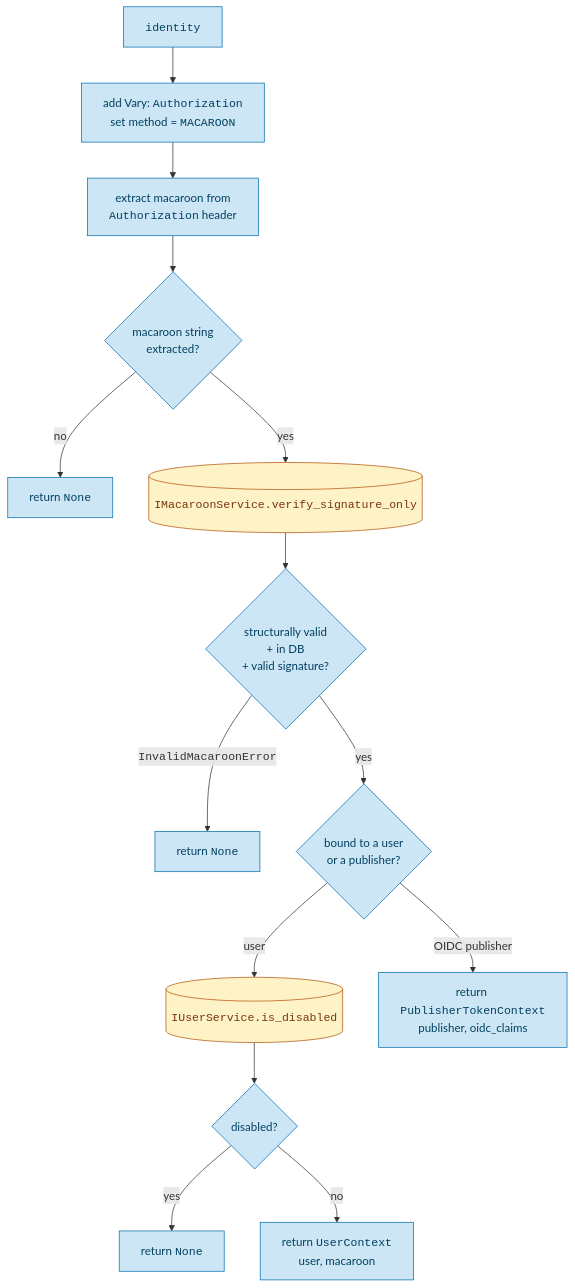
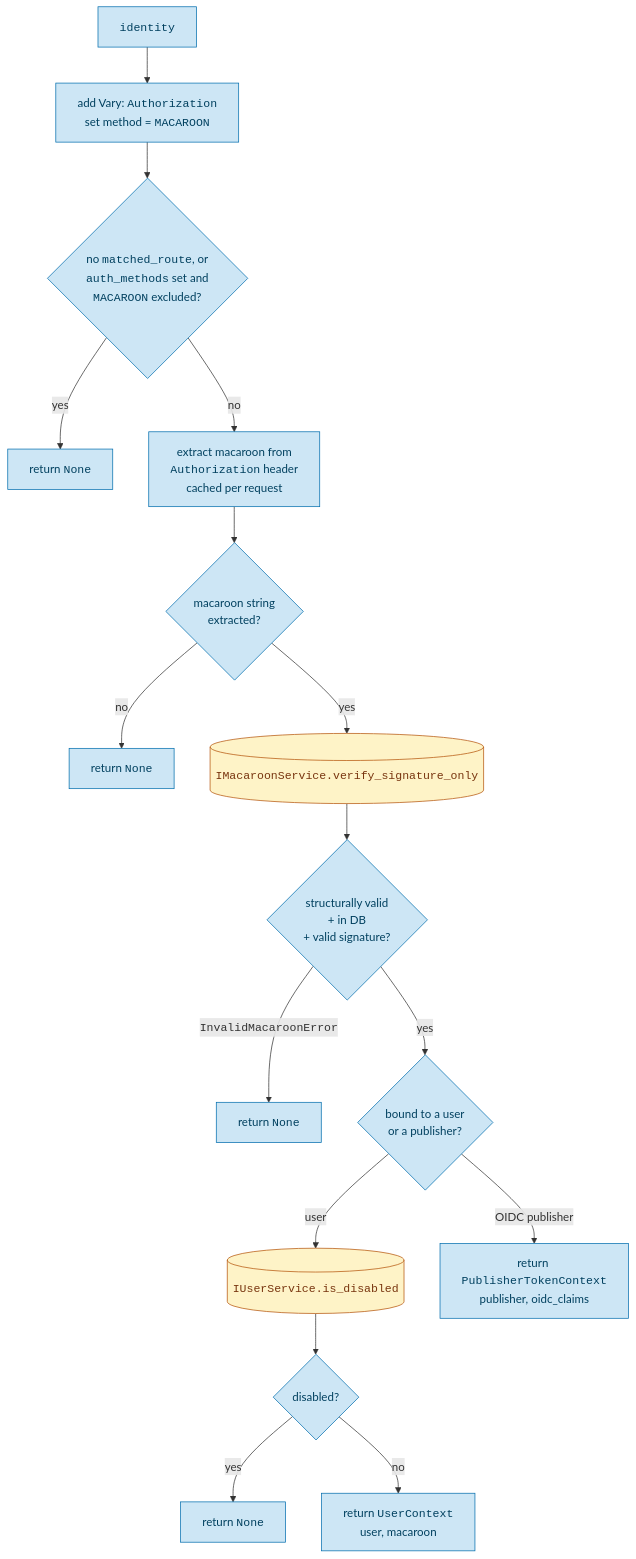
One commit to pypi/warehouse changed the sixth of 10 diagrams in docs/dev/security/security-policy-flow.md. Above: the diagram before and after it, drawn with Mermaid. The commit also changed other lines of this file and 7 other files, not shown here.

Commit message:
Make the macaroon policy honor route `auth_methods` (#20585)

````diff
--- a/docs/dev/security/security-policy-flow.md
+++ b/docs/dev/security/security-policy-flow.md
@@ -292,18 +295,20 @@
 ```mermaid
 flowchart TD
     A[<code>identity</code>]:::warehouse --> VARY[add Vary: <code>Authorization</code><br/>set method = <code>MACAROON</code>]:::warehouse
-    VARY --> EX[extract macaroon from<br/><code>Authorization</code> header]:::warehouse
+    VARY --> AM{no <code>matched_route</code>, or<br/><code>auth_methods</code> set and<br/><code>MACAROON</code> excluded?}:::warehouse
+    AM -->|yes| N0[return <code>None</code>]:::warehouse
+    AM -->|no| EX[extract macaroon from<br/><code>Authorization</code> header<br/>cached per request]:::warehouse
     EX --> HAS{macaroon string<br/>extracted?}:::warehouse
     HAS -->|no| N1[return <code>None</code>]:::warehouse
     HAS -->|yes| FIND[(<code>IMacaroonService.verify_signature_only</code>)]:::service
     FIND --> VALID{structurally valid<br/>+ in DB<br/>+ valid signature?}:::warehouse
     VALID -->|<code>InvalidMacaroonError</code>| N2[return <code>None</code>]:::warehouse
     VALID -->|yes| WHO{bound to a user<br/>or a publisher?}:::warehouse
     WHO -->|user| DIS[(<code>IUserService.is_disabled</code>)]:::service
     DIS --> ISDIS{disabled?}:::warehouse
     ISDIS -->|yes| N3[return <code>None</code>]:::warehouse
     ISDIS -->|no| UC[return <code>UserContext</code><br/>user, macaroon]:::warehouse
     WHO -->|OIDC publisher| PC[return <code>PublisherTokenContext</code><br/>publisher, oidc_claims]:::warehouse
     classDef warehouse fill:#cde6f5,stroke:#006dad,color:#00405f
     classDef service fill:#fef3c7,stroke:#b45309,color:#78350f
 ```
````
